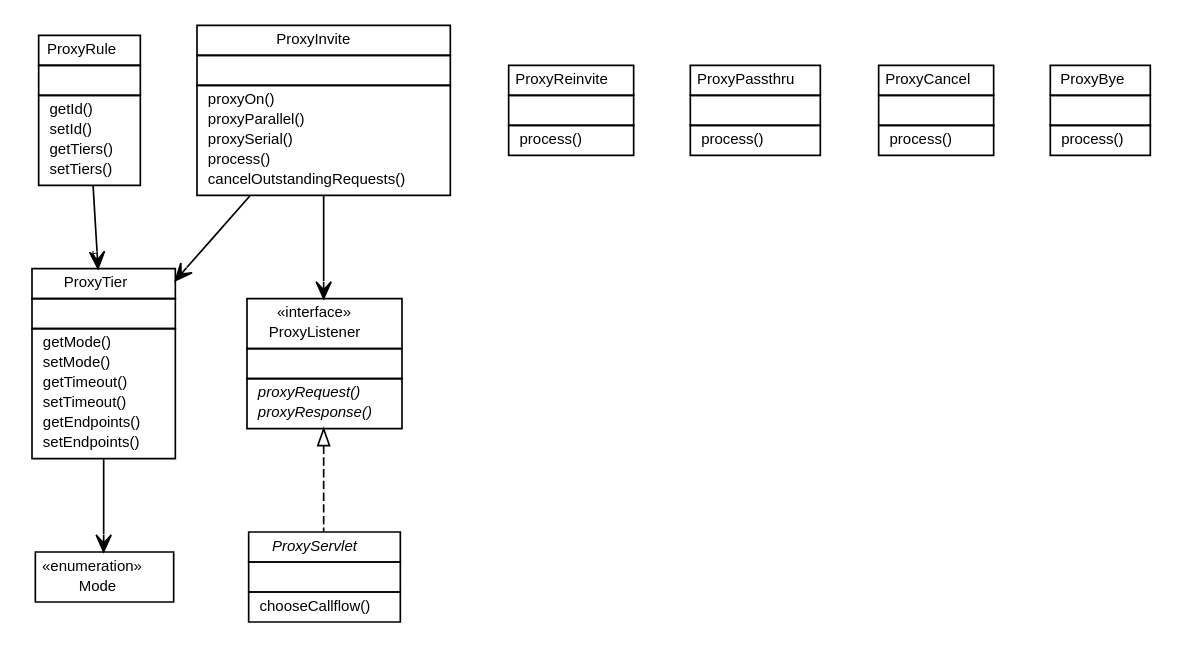
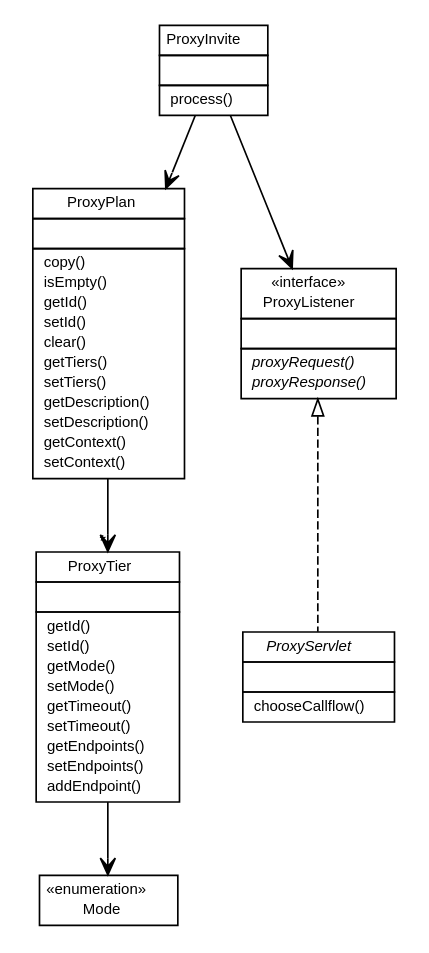
Before and after one commit to vorpalnet/vorpalnet.github.io: the diagram in vorpal-blade-library-framework/org/vorpal/blade/framework/proxy/org.vorpal.blade.framework.proxy.dot, drawn with Graphviz. The commit also changed 2723 other files, not shown here.

```diff
--- a/vorpal-blade-library-framework/org/vorpal/blade/framework/proxy/org.vorpal.blade.framework.proxy.dot
+++ b/vorpal-blade-library-framework/org/vorpal/blade/framework/proxy/org.vorpal.blade.framework.proxy.dot
@@ -1,151 +1,109 @@
 #!/usr/local/bin/dot
 #
 # Class diagram 
 # Generated by UMLGraph version 5.2 (http://www.umlgraph.org/)
 #
 
 digraph G {
 	edge [fontname="Helvetica",fontsize=10,labelfontname="Helvetica",labelfontsize=10];
 	node [fontname="Helvetica",fontsize=10,shape=plaintext];
 	nodesep=0.25;
 	ranksep=0.5;
 	// org.vorpal.blade.framework.proxy.ProxyTier
-	c249 [label=<<table title="org.vorpal.blade.framework.proxy.ProxyTier" border="0" cellborder="1" cellspacing="0" cellpadding="2" port="p" href="./ProxyTier.html">
+	c562 [label=<<table title="org.vorpal.blade.framework.proxy.ProxyTier" border="0" cellborder="1" cellspacing="0" cellpadding="2" port="p" href="./ProxyTier.html">
 		<tr><td><table border="0" cellspacing="0" cellpadding="1">
 <tr><td align="center" balign="center"> ProxyTier </td></tr>
 		</table></td></tr>
 		<tr><td><table border="0" cellspacing="0" cellpadding="1">
 <tr><td align="left" balign="left">  </td></tr>
 		</table></td></tr>
 		<tr><td><table border="0" cellspacing="0" cellpadding="1">
+<tr><td align="left" balign="left">  getId() </td></tr>
+<tr><td align="left" balign="left">  setId() </td></tr>
 <tr><td align="left" balign="left">  getMode() </td></tr>
 <tr><td align="left" balign="left">  setMode() </td></tr>
 <tr><td align="left" balign="left">  getTimeout() </td></tr>
 <tr><td align="left" balign="left">  setTimeout() </td></tr>
 <tr><td align="left" balign="left">  getEndpoints() </td></tr>
 <tr><td align="left" balign="left">  setEndpoints() </td></tr>
+<tr><td align="left" balign="left">  addEndpoint() </td></tr>
 		</table></td></tr>
 		</table>>, fontname="Helvetica", fontcolor="black", fontsize=9.0];
 	// org.vorpal.blade.framework.proxy.ProxyTier.Mode
-	c250 [label=<<table title="org.vorpal.blade.framework.proxy.ProxyTier.Mode" border="0" cellborder="1" cellspacing="0" cellpadding="2" port="p" href="./ProxyTier.Mode.html">
+	c563 [label=<<table title="org.vorpal.blade.framework.proxy.ProxyTier.Mode" border="0" cellborder="1" cellspacing="0" cellpadding="2" port="p" href="./ProxyTier.Mode.html">
 		<tr><td><table border="0" cellspacing="0" cellpadding="1">
 <tr><td align="center" balign="center"> &#171;enumeration&#187; </td></tr>
 <tr><td align="center" balign="center"> Mode </td></tr>
 		</table></td></tr>
 		</table>>, fontname="Helvetica", fontcolor="black", fontsize=9.0];
 	// org.vorpal.blade.framework.proxy.ProxyServlet
-	c251 [label=<<table title="org.vorpal.blade.framework.proxy.ProxyServlet" border="0" cellborder="1" cellspacing="0" cellpadding="2" port="p" href="./ProxyServlet.html">
+	c564 [label=<<table title="org.vorpal.blade.framework.proxy.ProxyServlet" border="0" cellborder="1" cellspacing="0" cellpadding="2" port="p" href="./ProxyServlet.html">
 		<tr><td><table border="0" cellspacing="0" cellpadding="1">
 <tr><td align="center" balign="center"><font face="Helvetica-Oblique"> ProxyServlet </font></td></tr>
 		</table></td></tr>
 		<tr><td><table border="0" cellspacing="0" cellpadding="1">
 <tr><td align="left" balign="left">  </td></tr>
 		</table></td></tr>
 		<tr><td><table border="0" cellspacing="0" cellpadding="1">
 <tr><td align="left" balign="left">  chooseCallflow() </td></tr>
 		</table></td></tr>
 		</table>>, fontname="Helvetica", fontcolor="black", fontsize=9.0];
-	// org.vorpal.blade.framework.proxy.ProxyRule
-	c252 [label=<<table title="org.vorpal.blade.framework.proxy.ProxyRule" border="0" cellborder="1" cellspacing="0" cellpadding="2" port="p" href="./ProxyRule.html">
+	// org.vorpal.blade.framework.proxy.ProxyPlan
+	c565 [label=<<table title="org.vorpal.blade.framework.proxy.ProxyPlan" border="0" cellborder="1" cellspacing="0" cellpadding="2" port="p" href="./ProxyPlan.html">
 		<tr><td><table border="0" cellspacing="0" cellpadding="1">
-<tr><td align="center" balign="center"> ProxyRule </td></tr>
+<tr><td align="center" balign="center"> ProxyPlan </td></tr>
 		</table></td></tr>
 		<tr><td><table border="0" cellspacing="0" cellpadding="1">
 <tr><td align="left" balign="left">  </td></tr>
 		</table></td></tr>
 		<tr><td><table border="0" cellspacing="0" cellpadding="1">
+<tr><td align="left" balign="left">  copy() </td></tr>
+<tr><td align="left" balign="left">  isEmpty() </td></tr>
 <tr><td align="left" balign="left">  getId() </td></tr>
 <tr><td align="left" balign="left">  setId() </td></tr>
+<tr><td align="left" balign="left">  clear() </td></tr>
 <tr><td align="left" balign="left">  getTiers() </td></tr>
 <tr><td align="left" balign="left">  setTiers() </td></tr>
-		</table></td></tr>
-		</table>>, fontname="Helvetica", fontcolor="black", fontsize=9.0];
-	// org.vorpal.blade.framework.proxy.ProxyReinvite
-	c253 [label=<<table title="org.vorpal.blade.framework.proxy.ProxyReinvite" border="0" cellborder="1" cellspacing="0" cellpadding="2" port="p" href="./ProxyReinvite.html">
-		<tr><td><table border="0" cellspacing="0" cellpadding="1">
-<tr><td align="center" balign="center"> ProxyReinvite </td></tr>
-		</table></td></tr>
-		<tr><td><table border="0" cellspacing="0" cellpadding="1">
-<tr><td align="left" balign="left">  </td></tr>
-		</table></td></tr>
-		<tr><td><table border="0" cellspacing="0" cellpadding="1">
-<tr><td align="left" balign="left">  process() </td></tr>
-		</table></td></tr>
-		</table>>, fontname="Helvetica", fontcolor="black", fontsize=9.0];
-	// org.vorpal.blade.framework.proxy.ProxyPassthru
-	c254 [label=<<table title="org.vorpal.blade.framework.proxy.ProxyPassthru" border="0" cellborder="1" cellspacing="0" cellpadding="2" port="p" href="./ProxyPassthru.html">
-		<tr><td><table border="0" cellspacing="0" cellpadding="1">
-<tr><td align="center" balign="center"> ProxyPassthru </td></tr>
-		</table></td></tr>
-		<tr><td><table border="0" cellspacing="0" cellpadding="1">
-<tr><td align="left" balign="left">  </td></tr>
-		</table></td></tr>
-		<tr><td><table border="0" cellspacing="0" cellpadding="1">
-<tr><td align="left" balign="left">  process() </td></tr>
+<tr><td align="left" balign="left">  getDescription() </td></tr>
+<tr><td align="left" balign="left">  setDescription() </td></tr>
+<tr><td align="left" balign="left">  getContext() </td></tr>
+<tr><td align="left" balign="left">  setContext() </td></tr>
 		</table></td></tr>
 		</table>>, fontname="Helvetica", fontcolor="black", fontsize=9.0];
 	// org.vorpal.blade.framework.proxy.ProxyListener
-	c255 [label=<<table title="org.vorpal.blade.framework.proxy.ProxyListener" border="0" cellborder="1" cellspacing="0" cellpadding="2" port="p" href="./ProxyListener.html">
+	c566 [label=<<table title="org.vorpal.blade.framework.proxy.ProxyListener" border="0" cellborder="1" cellspacing="0" cellpadding="2" port="p" href="./ProxyListener.html">
 		<tr><td><table border="0" cellspacing="0" cellpadding="1">
 <tr><td align="center" balign="center"> &#171;interface&#187; </td></tr>
 <tr><td align="center" balign="center"> ProxyListener </td></tr>
 		</table></td></tr>
 		<tr><td><table border="0" cellspacing="0" cellpadding="1">
 <tr><td align="left" balign="left">  </td></tr>
 		</table></td></tr>
 		<tr><td><table border="0" cellspacing="0" cellpadding="1">
 <tr><td align="left" balign="left"><font face="Helvetica-Oblique" point-size="9.0">  proxyRequest() </font></td></tr>
 <tr><td align="left" balign="left"><font face="Helvetica-Oblique" point-size="9.0">  proxyResponse() </font></td></tr>
 		</table></td></tr>
 		</table>>, fontname="Helvetica", fontcolor="black", fontsize=9.0];
 	// org.vorpal.blade.framework.proxy.ProxyInvite
-	c256 [label=<<table title="org.vorpal.blade.framework.proxy.ProxyInvite" border="0" cellborder="1" cellspacing="0" cellpadding="2" port="p" href="./ProxyInvite.html">
+	c567 [label=<<table title="org.vorpal.blade.framework.proxy.ProxyInvite" border="0" cellborder="1" cellspacing="0" cellpadding="2" port="p" href="./ProxyInvite.html">
 		<tr><td><table border="0" cellspacing="0" cellpadding="1">
 <tr><td align="center" balign="center"> ProxyInvite </td></tr>
-		</table></td></tr>
-		<tr><td><table border="0" cellspacing="0" cellpadding="1">
-<tr><td align="left" balign="left">  </td></tr>
-		</table></td></tr>
-		<tr><td><table border="0" cellspacing="0" cellpadding="1">
-<tr><td align="left" balign="left">  proxyOn() </td></tr>
-<tr><td align="left" balign="left">  proxyParallel() </td></tr>
-<tr><td align="left" balign="left">  proxySerial() </td></tr>
-<tr><td align="left" balign="left">  process() </td></tr>
-<tr><td align="left" balign="left">  cancelOutstandingRequests() </td></tr>
-		</table></td></tr>
-		</table>>, fontname="Helvetica", fontcolor="black", fontsize=9.0];
-	// org.vorpal.blade.framework.proxy.ProxyCancel
-	c257 [label=<<table title="org.vorpal.blade.framework.proxy.ProxyCancel" border="0" cellborder="1" cellspacing="0" cellpadding="2" port="p" href="./ProxyCancel.html">
-		<tr><td><table border="0" cellspacing="0" cellpadding="1">
-<tr><td align="center" balign="center"> ProxyCancel </td></tr>
-		</table></td></tr>
-		<tr><td><table border="0" cellspacing="0" cellpadding="1">
-<tr><td align="left" balign="left">  </td></tr>
-		</table></td></tr>
-		<tr><td><table border="0" cellspacing="0" cellpadding="1">
-<tr><td align="left" balign="left">  process() </td></tr>
-		</table></td></tr>
-		</table>>, fontname="Helvetica", fontcolor="black", fontsize=9.0];
-	// org.vorpal.blade.framework.proxy.ProxyBye
-	c258 [label=<<table title="org.vorpal.blade.framework.proxy.ProxyBye" border="0" cellborder="1" cellspacing="0" cellpadding="2" port="p" href="./ProxyBye.html">
-		<tr><td><table border="0" cellspacing="0" cellpadding="1">
-<tr><td align="center" balign="center"> ProxyBye </td></tr>
 		</table></td></tr>
 		<tr><td><table border="0" cellspacing="0" cellpadding="1">
 <tr><td align="left" balign="left">  </td></tr>
 		</table></td></tr>
 		<tr><td><table border="0" cellspacing="0" cellpadding="1">
 <tr><td align="left" balign="left">  process() </td></tr>
 		</table></td></tr>
 		</table>>, fontname="Helvetica", fontcolor="black", fontsize=9.0];
 	//org.vorpal.blade.framework.proxy.ProxyServlet implements org.vorpal.blade.framework.proxy.ProxyListener
-	c255:p -> c251:p [dir=back,arrowtail=empty,style=dashed];
+	c566:p -> c564:p [dir=back,arrowtail=empty,style=dashed];
 	// org.vorpal.blade.framework.proxy.ProxyTier NAVASSOC org.vorpal.blade.framework.proxy.ProxyTier.Mode
-	c249:p -> c250:p [taillabel="", label="", headlabel="", fontname="Helvetica", fontcolor="black", fontsize=10.0, color="black", arrowhead=open];
-	// org.vorpal.blade.framework.proxy.ProxyRule NAVASSOC org.vorpal.blade.framework.proxy.ProxyTier
-	c252:p -> c249:p [taillabel="", label="", headlabel="*", fontname="Helvetica", fontcolor="black", fontsize=10.0, color="black", arrowhead=open];
+	c562:p -> c563:p [taillabel="", label="", headlabel="", fontname="Helvetica", fontcolor="black", fontsize=10.0, color="black", arrowhead=open];
+	// org.vorpal.blade.framework.proxy.ProxyPlan NAVASSOC org.vorpal.blade.framework.proxy.ProxyTier
+	c565:p -> c562:p [taillabel="", label="", headlabel="*", fontname="Helvetica", fontcolor="black", fontsize=10.0, color="black", arrowhead=open];
 	// org.vorpal.blade.framework.proxy.ProxyInvite NAVASSOC org.vorpal.blade.framework.proxy.ProxyListener
-	c256:p -> c255:p [taillabel="", label="", headlabel="", fontname="Helvetica", fontcolor="black", fontsize=10.0, color="black", arrowhead=open];
-	// org.vorpal.blade.framework.proxy.ProxyInvite NAVASSOC org.vorpal.blade.framework.proxy.ProxyTier
-	c256:p -> c249:p [taillabel="", label="", headlabel="", fontname="Helvetica", fontcolor="black", fontsize=10.0, color="black", arrowhead=open];
+	c567:p -> c566:p [taillabel="", label="", headlabel="", fontname="Helvetica", fontcolor="black", fontsize=10.0, color="black", arrowhead=open];
+	// org.vorpal.blade.framework.proxy.ProxyInvite NAVASSOC org.vorpal.blade.framework.proxy.ProxyPlan
+	c567:p -> c565:p [taillabel="", label="", headlabel="", fontname="Helvetica", fontcolor="black", fontsize=10.0, color="black", arrowhead=open];
 }
```
